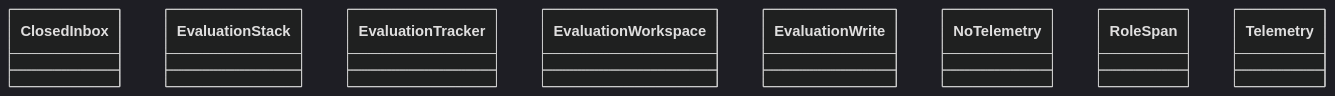
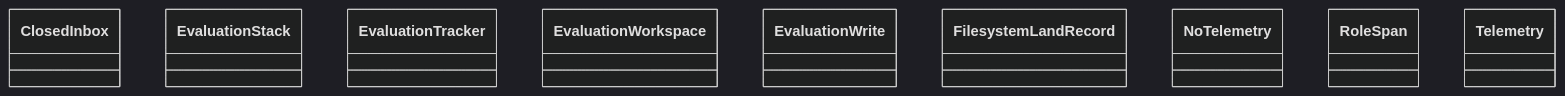
Before and after one commit to GonzaloZevallos/agentic-system: the diagram in docs/architecture/generated/classes-process-adapters-toplevel.md, drawn with Mermaid (dark theme). The commit also changed 28 other files, not shown here.

First line of the commit message:
Add the pure playbook landing verdict, LandAttempt and its on-disk record

````diff
--- a/docs/architecture/generated/classes-process-adapters-toplevel.md
+++ b/docs/architecture/generated/classes-process-adapters-toplevel.md
@@ -12,11 +12,12 @@
 ```mermaid
 classDiagram
     class evaluation__ClosedInbox["ClosedInbox"]
     class evaluation__EvaluationStack["EvaluationStack"]
     class evaluation__EvaluationTracker["EvaluationTracker"]
     class evaluation__EvaluationWorkspace["EvaluationWorkspace"]
     class evaluation__EvaluationWrite["EvaluationWrite"]
+    class playbook_land_record__FilesystemLandRecord["FilesystemLandRecord"]
     class telemetry__NoTelemetry["NoTelemetry"]
     class telemetry__RoleSpan["RoleSpan"]
     class telemetry__Telemetry["Telemetry"]
 ```
````
